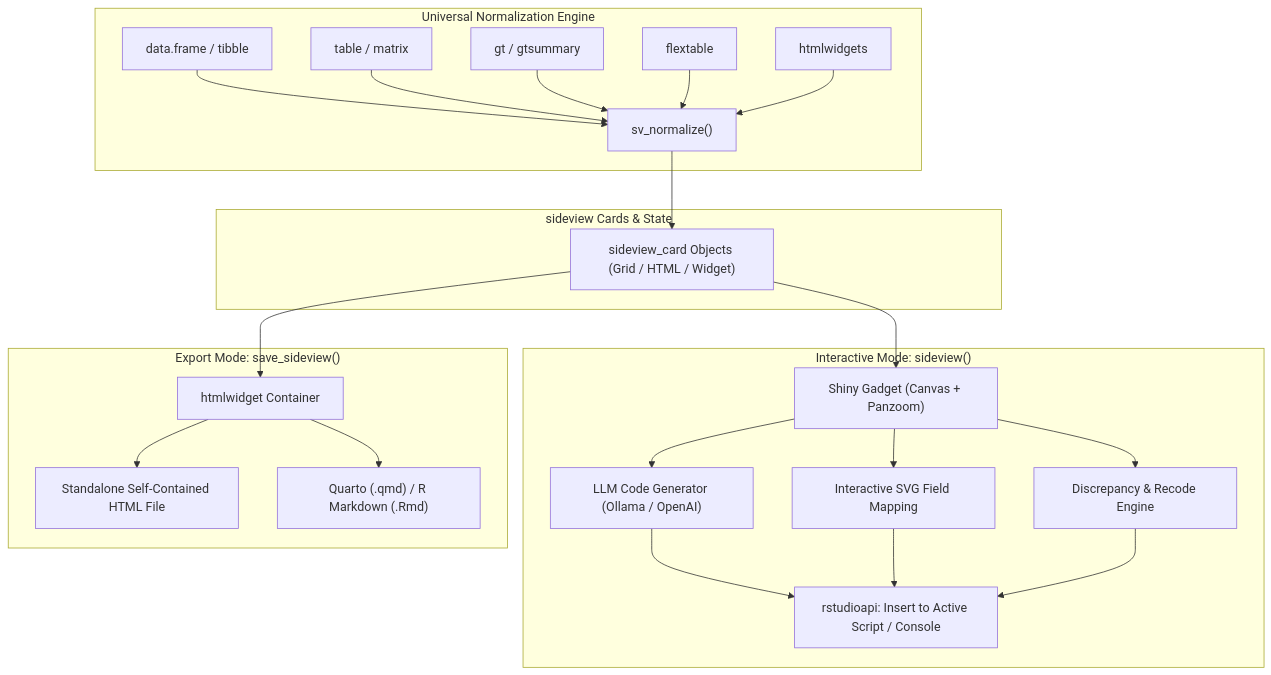
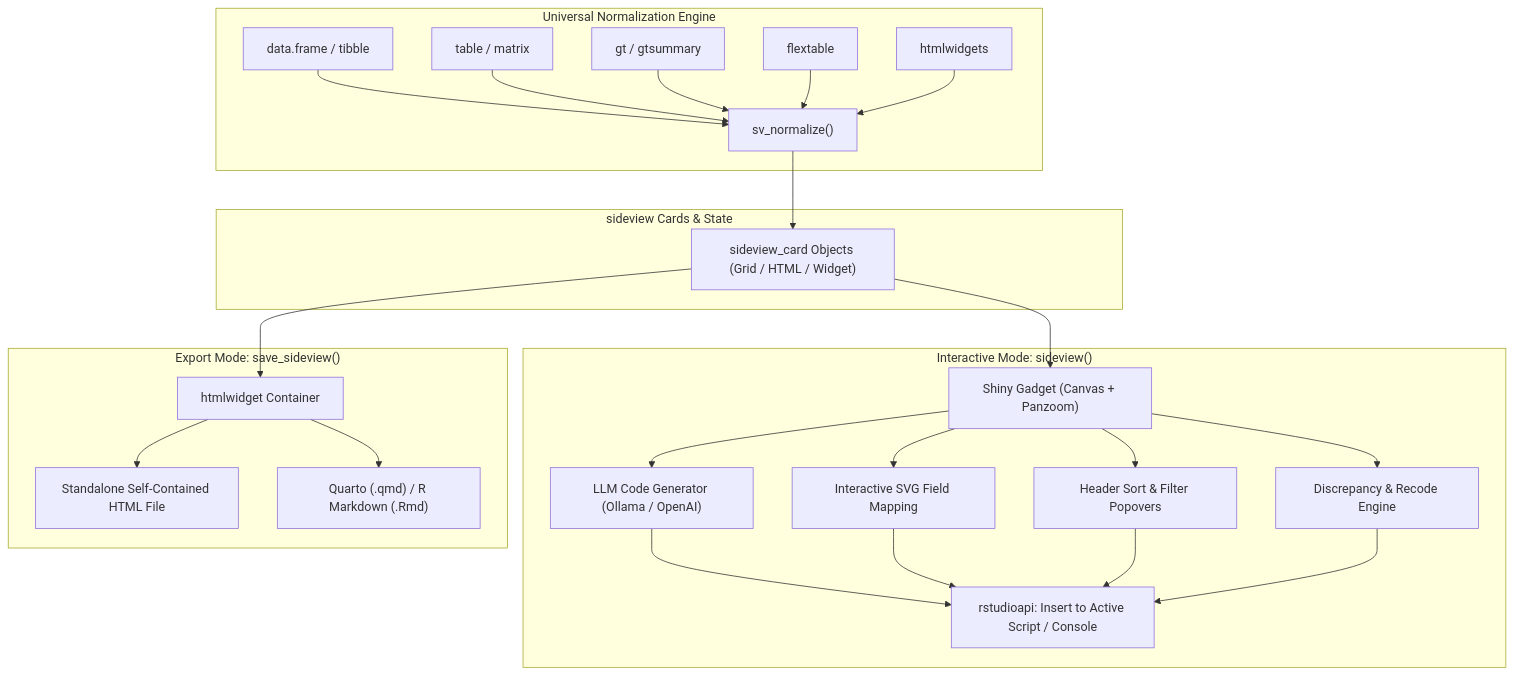
Before and after one commit to lauyeehow1986-hub/r_split: the diagram in README.md, drawn with Mermaid. The commit also changed other lines of this file and 5 other files, not shown here.

````diff
--- a/README.md
+++ b/README.md
@@ -55,30 +60,32 @@
 ```mermaid
 flowchart TD
     subgraph Ingestion ["Universal Normalization Engine"]
         DF["data.frame / tibble"] --> NORM["sv_normalize()"]
         TAB["table / matrix"] --> NORM
         GT["gt / gtsummary"] --> NORM
         FLEX["flextable"] --> NORM
         WID["htmlwidgets"] --> NORM
     end
 
     subgraph Core ["sideview Cards & State"]
         NORM --> CARDS["sideview_card Objects (Grid / HTML / Widget)"]
     end
 
     subgraph Gadget ["Interactive Mode: sideview()"]
         CARDS --> GADGET["Shiny Gadget (Canvas + Panzoom)"]
         GADGET --> MAP["Interactive SVG Field Mapping"]
+        GADGET --> SORT["Header Sort & Filter Popovers"]
         GADGET --> DISC["Discrepancy & Recode Engine"]
         GADGET --> LLM["LLM Code Generator (Ollama / OpenAI)"]
         LLM --> RSTUDIO["rstudioapi: Insert to Active Script / Console"]
         MAP --> RSTUDIO
+        SORT --> RSTUDIO
         DISC --> RSTUDIO
     end
 
     subgraph Widget ["Export Mode: save_sideview()"]
         CARDS --> HTMLWID["htmlwidget Container"]
         HTMLWID --> HTML["Standalone Self-Contained HTML File"]
         HTMLWID --> QMD["Quarto (.qmd) / R Markdown (.Rmd)"]
     end
 ```
````
